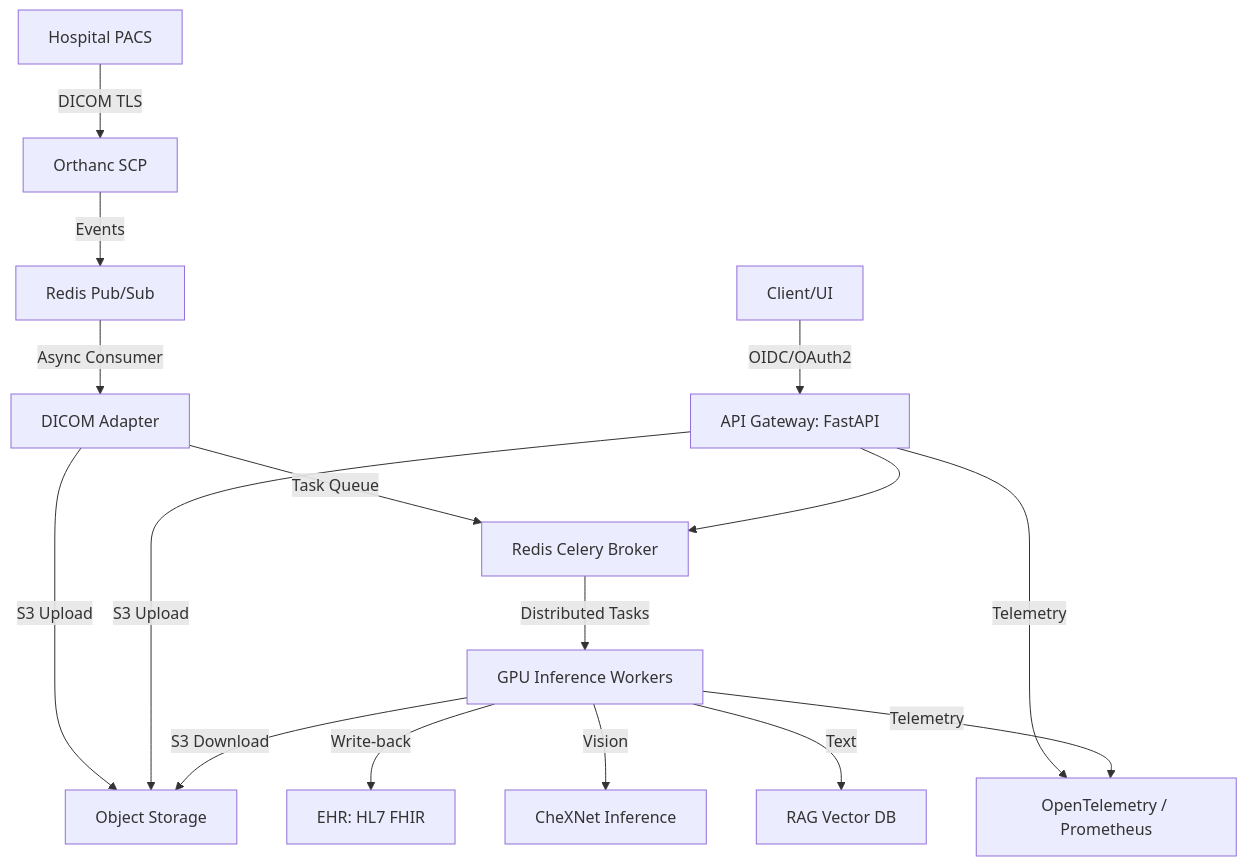
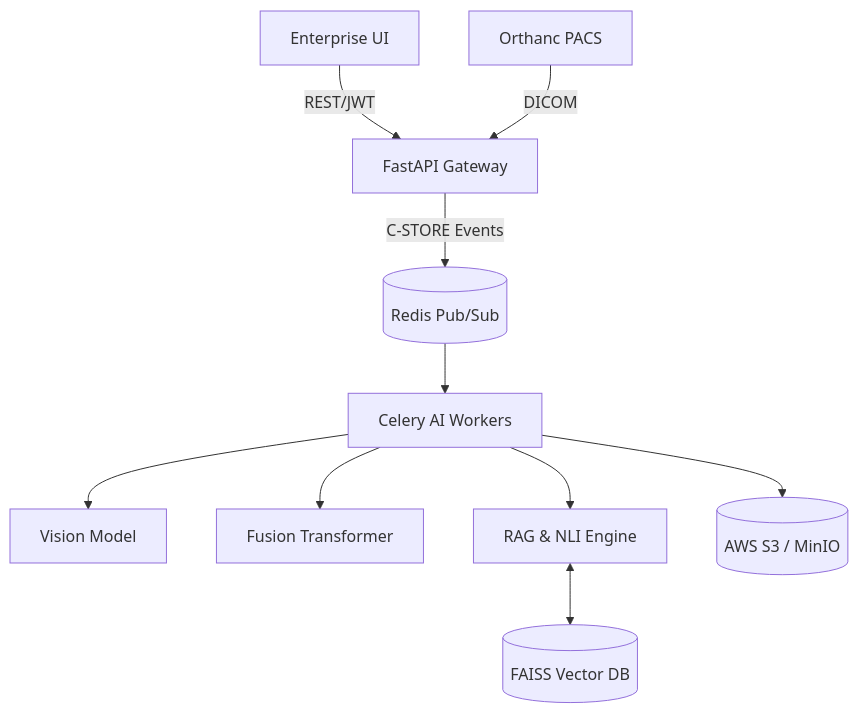
Before and after one commit to dhruvin0041/Clinica-LENS: the diagram in README.md, drawn with Mermaid. The commit also changed other lines of this file and 8 other files, not shown here.

````diff
--- a/README.md
+++ b/README.md
@@ -65,20 +50,12 @@
 ```mermaid
 graph TD
-    A[Hospital PACS] -->|DICOM TLS| O[Orthanc SCP]
-    O -->|Events| RQ[Redis Pub/Sub]
-    RQ -->|Async Consumer| DA[DICOM Adapter]
-    DA -->|S3 Upload| S3[Object Storage]
-    DA -->|Task Queue| C[Redis Celery Broker]
-    
-    UI[Client/UI] -->|OIDC/OAuth2| B[API Gateway: FastAPI]
-    B --> C
-    B -->|S3 Upload| S3
-    
-    C -->|Distributed Tasks| D[GPU Inference Workers]
-    D -->|S3 Download| S3
-    D -->|Write-back| F[EHR: HL7 FHIR]
-    D -->|Vision| G[CheXNet Inference]
-    D -->|Text| H[RAG Vector DB]
-    
-    B & D -->|Telemetry| I[OpenTelemetry / Prometheus]
+    UI[Enterprise UI] -->|REST/JWT| API[FastAPI Gateway]
+    PACS[Orthanc PACS] -->|DICOM| API
+    API -->|C-STORE Events| Redis[(Redis Pub/Sub)]
+    Redis --> Worker[Celery AI Workers]
+    Worker --> Vision[Vision Model]
+    Worker --> Fusion[Fusion Transformer]
+    Worker --> RAG[RAG & NLI Engine]
+    RAG <--> FAISS[(FAISS Vector DB)]
+    Worker --> S3[(AWS S3 / MinIO)]
 ```
````
